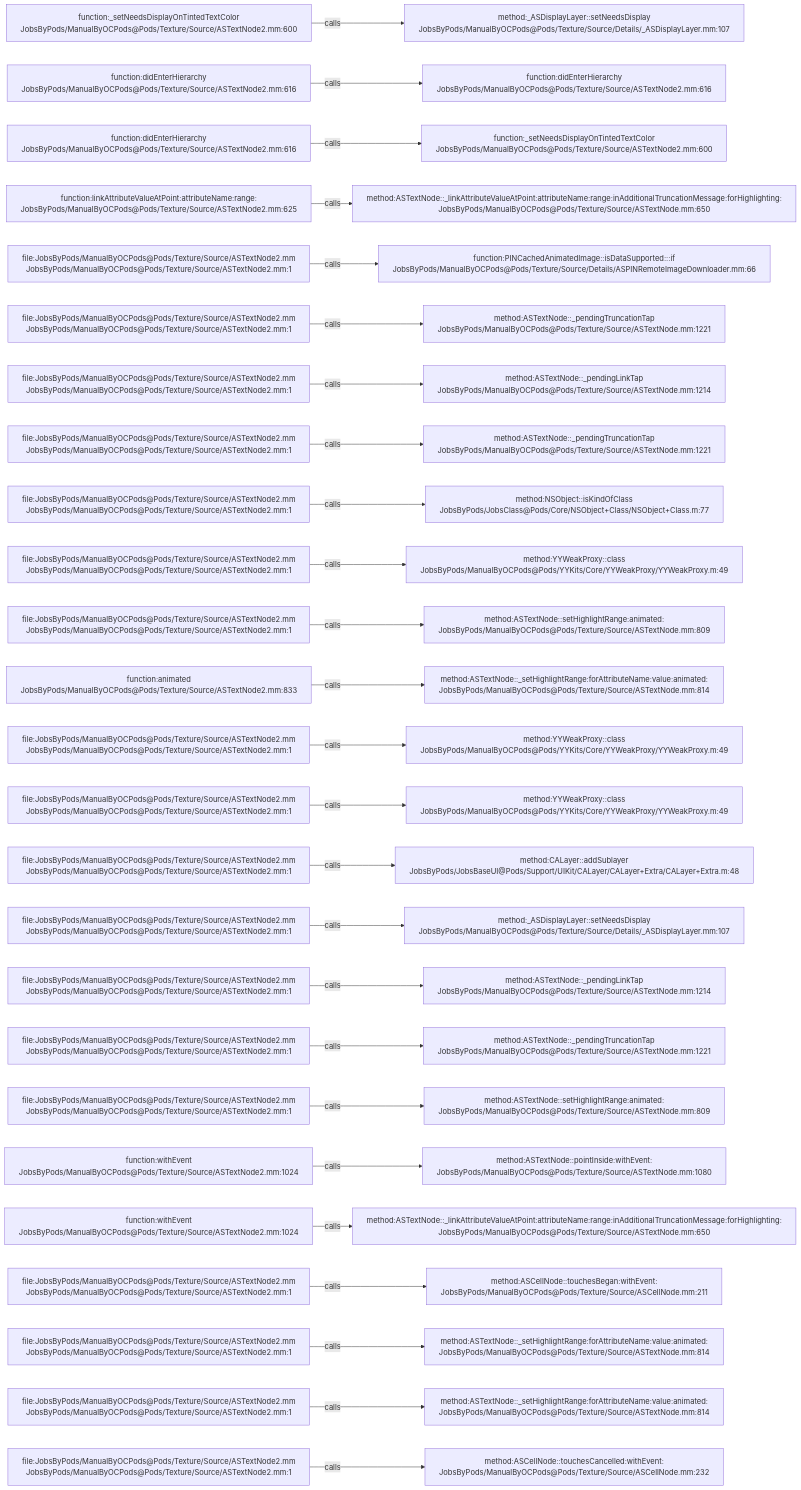
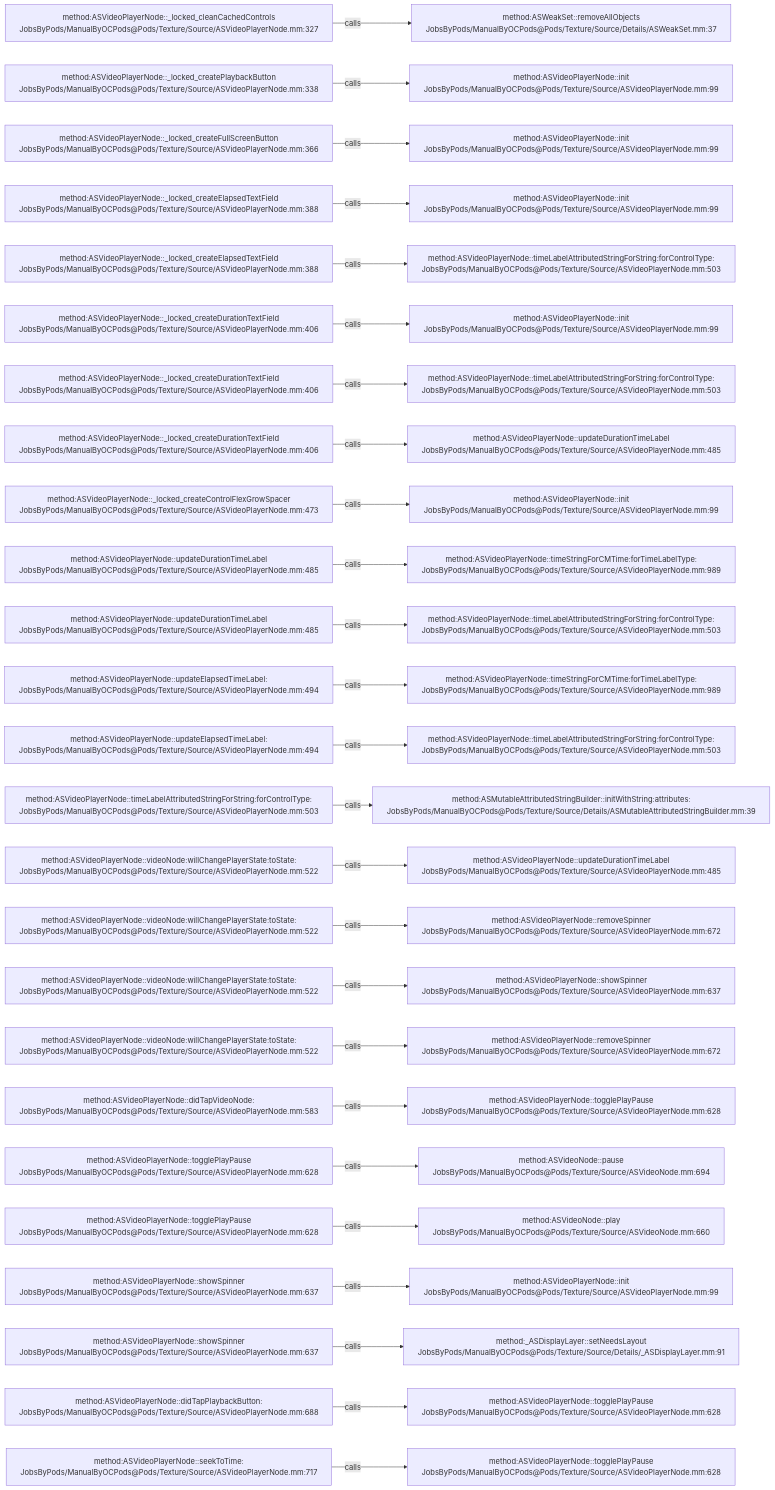
Before and after one commit to JobsKits/JobsOCBaseConfigDemo: the diagram in .codegraph/codegraph.md/graphs/calls-148.md, drawn with Mermaid. The commit also changed 1223 other files, not shown here.

````diff
--- a/.codegraph/codegraph.md/graphs/calls-148.md
+++ b/.codegraph/codegraph.md/graphs/calls-148.md
@@ -13,78 +13,78 @@
 ```mermaid
 flowchart LR
-  S1["function:_setNeedsDisplayOnTintedTextColor<br/>JobsByPods/ManualByOCPods@Pods/Texture/Source/ASTextNode2.mm:600"]
-  T1["method:_ASDisplayLayer::setNeedsDisplay<br/>JobsByPods/ManualByOCPods@Pods/Texture/Source/Details/_ASDisplayLayer.mm:107"]
+  S1["method:ASVideoPlayerNode::_locked_cleanCachedControls<br/>JobsByPods/ManualByOCPods@Pods/Texture/Source/ASVideoPlayerNode.mm:327"]
+  T1["method:ASWeakSet::removeAllObjects<br/>JobsByPods/ManualByOCPods@Pods/Texture/Source/Details/ASWeakSet.mm:37"]
   S1 -->|calls| T1
-  S2["function:didEnterHierarchy<br/>JobsByPods/ManualByOCPods@Pods/Texture/Source/ASTextNode2.mm:616"]
-  T2["function:didEnterHierarchy<br/>JobsByPods/ManualByOCPods@Pods/Texture/Source/ASTextNode2.mm:616"]
+  S2["method:ASVideoPlayerNode::_locked_createPlaybackButton<br/>JobsByPods/ManualByOCPods@Pods/Texture/Source/ASVideoPlayerNode.mm:338"]
+  T2["method:ASVideoPlayerNode::init<br/>JobsByPods/ManualByOCPods@Pods/Texture/Source/ASVideoPlayerNode.mm:99"]
   S2 -->|calls| T2
-  S3["function:didEnterHierarchy<br/>JobsByPods/ManualByOCPods@Pods/Texture/Source/ASTextNode2.mm:616"]
-  T3["function:_setNeedsDisplayOnTintedTextColor<br/>JobsByPods/ManualByOCPods@Pods/Texture/Source/ASTextNode2.mm:600"]
+  S3["method:ASVideoPlayerNode::_locked_createFullScreenButton<br/>JobsByPods/ManualByOCPods@Pods/Texture/Source/ASVideoPlayerNode.mm:366"]
+  T3["method:ASVideoPlayerNode::init<br/>JobsByPods/ManualByOCPods@Pods/Texture/Source/ASVideoPlayerNode.mm:99"]
   S3 -->|calls| T3
-  S4["function:linkAttributeValueAtPoint:attributeName:range:<br/>JobsByPods/ManualByOCPods@Pods/Texture/Source/ASTextNode2.mm:625"]
-  T4["method:ASTextNode::_linkAttributeValueAtPoint:attributeName:range:inAdditionalTruncationMessage:forHighlighting:<br/>JobsByPods/ManualByOCPods@Pods/Texture/Source/ASTextNode.mm:650"]
+  S4["method:ASVideoPlayerNode::_locked_createElapsedTextField<br/>JobsByPods/ManualByOCPods@Pods/Texture/Source/ASVideoPlayerNode.mm:388"]
+  T4["method:ASVideoPlayerNode::init<br/>JobsByPods/ManualByOCPods@Pods/Texture/Source/ASVideoPlayerNode.mm:99"]
   S4 -->|calls| T4
-  S5["file:JobsByPods/ManualByOCPods@Pods/Texture/Source/ASTextNode2.mm<br/>JobsByPods/ManualByOCPods@Pods/Texture/Source/ASTextNode2.mm:1"]
-  T5["function:PINCachedAnimatedImage::isDataSupported:::if<br/>JobsByPods/ManualByOCPods@Pods/Texture/Source/Details/ASPINRemoteImageDownloader.mm:66"]
+  S5["method:ASVideoPlayerNode::_locked_createElapsedTextField<br/>JobsByPods/ManualByOCPods@Pods/Texture/Source/ASVideoPlayerNode.mm:388"]
+  T5["method:ASVideoPlayerNode::timeLabelAttributedStringForString:forControlType:<br/>JobsByPods/ManualByOCPods@Pods/Texture/Source/ASVideoPlayerNode.mm:503"]
   S5 -->|calls| T5
-  S6["file:JobsByPods/ManualByOCPods@Pods/Texture/Source/ASTextNode2.mm<br/>JobsByPods/ManualByOCPods@Pods/Texture/Source/ASTextNode2.mm:1"]
-  T6["method:ASTextNode::_pendingTruncationTap<br/>JobsByPods/ManualByOCPods@Pods/Texture/Source/ASTextNode.mm:1221"]
+  S6["method:ASVideoPlayerNode::_locked_createDurationTextField<br/>JobsByPods/ManualByOCPods@Pods/Texture/Source/ASVideoPlayerNode.mm:406"]
+  T6["method:ASVideoPlayerNode::init<br/>JobsByPods/ManualByOCPods@Pods/Texture/Source/ASVideoPlayerNode.mm:99"]
   S6 -->|calls| T6
-  S7["file:JobsByPods/ManualByOCPods@Pods/Texture/Source/ASTextNode2.mm<br/>JobsByPods/ManualByOCPods@Pods/Texture/Source/ASTextNode2.mm:1"]
-  T7["method:ASTextNode::_pendingLinkTap<br/>JobsByPods/ManualByOCPods@Pods/Texture/Source/ASTextNode.mm:1214"]
+  S7["method:ASVideoPlayerNode::_locked_createDurationTextField<br/>JobsByPods/ManualByOCPods@Pods/Texture/Source/ASVideoPlayerNode.mm:406"]
+  T7["method:ASVideoPlayerNode::timeLabelAttributedStringForString:forControlType:<br/>JobsByPods/ManualByOCPods@Pods/Texture/Source/ASVideoPlayerNode.mm:503"]
   S7 -->|calls| T7
-  S8["file:JobsByPods/ManualByOCPods@Pods/Texture/Source/ASTextNode2.mm<br/>JobsByPods/ManualByOCPods@Pods/Texture/Source/ASTextNode2.mm:1"]
-  T8["method:ASTextNode::_pendingTruncationTap<br/>JobsByPods/ManualByOCPods@Pods/Texture/Source/ASTextNode.mm:1221"]
+  S8["method:ASVideoPlayerNode::_locked_createDurationTextField<br/>JobsByPods/ManualByOCPods@Pods/Texture/Source/ASVideoPlayerNode.mm:406"]
+  T8["method:ASVideoPlayerNode::updateDurationTimeLabel<br/>JobsByPods/ManualByOCPods@Pods/Texture/Source/ASVideoPlayerNode.mm:485"]
   S8 -->|calls| T8
-  S9["file:JobsByPods/ManualByOCPods@Pods/Texture/Source/ASTextNode2.mm<br/>JobsByPods/ManualByOCPods@Pods/Texture/Source/ASTextNode2.mm:1"]
-  T9["method:NSObject::isKindOfClass<br/>JobsByPods/JobsClass@Pods/Core/NSObject+Class/NSObject+Class.m:77"]
+  S9["method:ASVideoPlayerNode::_locked_createControlFlexGrowSpacer<br/>JobsByPods/ManualByOCPods@Pods/Texture/Source/ASVideoPlayerNode.mm:473"]
+  T9["method:ASVideoPlayerNode::init<br/>JobsByPods/ManualByOCPods@Pods/Texture/Source/ASVideoPlayerNode.mm:99"]
   S9 -->|calls| T9
-  S10["file:JobsByPods/ManualByOCPods@Pods/Texture/Source/ASTextNode2.mm<br/>JobsByPods/ManualByOCPods@Pods/Texture/Source/ASTextNode2.mm:1"]
-  T10["method:YYWeakProxy::class<br/>JobsByPods/ManualByOCPods@Pods/YYKits/Core/YYWeakProxy/YYWeakProxy.m:49"]
+  S10["method:ASVideoPlayerNode::updateDurationTimeLabel<br/>JobsByPods/ManualByOCPods@Pods/Texture/Source/ASVideoPlayerNode.mm:485"]
+  T10["method:ASVideoPlayerNode::timeStringForCMTime:forTimeLabelType:<br/>JobsByPods/ManualByOCPods@Pods/Texture/Source/ASVideoPlayerNode.mm:989"]
   S10 -->|calls| T10
-  S11["file:JobsByPods/ManualByOCPods@Pods/Texture/Source/ASTextNode2.mm<br/>JobsByPods/ManualByOCPods@Pods/Texture/Source/ASTextNode2.mm:1"]
-  T11["method:ASTextNode::setHighlightRange:animated:<br/>JobsByPods/ManualByOCPods@Pods/Texture/Source/ASTextNode.mm:809"]
+  S11["method:ASVideoPlayerNode::updateDurationTimeLabel<br/>JobsByPods/ManualByOCPods@Pods/Texture/Source/ASVideoPlayerNode.mm:485"]
+  T11["method:ASVideoPlayerNode::timeLabelAttributedStringForString:forControlType:<br/>JobsByPods/ManualByOCPods@Pods/Texture/Source/ASVideoPlayerNode.mm:503"]
   S11 -->|calls| T11
-  S12["function:animated<br/>JobsByPods/ManualByOCPods@Pods/Texture/Source/ASTextNode2.mm:833"]
-  T12["method:ASTextNode::_setHighlightRange:forAttributeName:value:animated:<br/>JobsByPods/ManualByOCPods@Pods/Texture/Source/ASTextNode.mm:814"]
+  S12["method:ASVideoPlayerNode::updateElapsedTimeLabel:<br/>JobsByPods/ManualByOCPods@Pods/Texture/Source/ASVideoPlayerNode.mm:494"]
+  T12["method:ASVideoPlayerNode::timeStringForCMTime:forTimeLabelType:<br/>JobsByPods/ManualByOCPods@Pods/Texture/Source/ASVideoPlayerNode.mm:989"]
   S12 -->|calls| T12
-  S13["file:JobsByPods/ManualByOCPods@Pods/Texture/Source/ASTextNode2.mm<br/>JobsByPods/ManualByOCPods@Pods/Texture/Source/ASTextNode2.mm:1"]
-  T13["method:YYWeakProxy::class<br/>JobsByPods/ManualByOCPods@Pods/YYKits/Core/YYWeakProxy/YYWeakProxy.m:49"]
+  S13["method:ASVideoPlayerNode::updateElapsedTimeLabel:<br/>JobsByPods/ManualByOCPods@Pods/Texture/Source/ASVideoPlayerNode.mm:494"]
+  T13["method:ASVideoPlayerNode::timeLabelAttributedStringForString:forControlType:<br/>JobsByPods/ManualByOCPods@Pods/Texture/Source/ASVideoPlayerNode.mm:503"]
   S13 -->|calls| T13
-  S14["file:JobsByPods/ManualByOCPods@Pods/Texture/Source/ASTextNode2.mm<br/>JobsByPods/ManualByOCPods@Pods/Texture/Source/ASTextNode2.mm:1"]
-  T14["method:YYWeakProxy::class<br/>JobsByPods/ManualByOCPods@Pods/YYKits/Core/YYWeakProxy/YYWeakProxy.m:49"]
+  S14["method:ASVideoPlayerNode::timeLabelAttributedStringForString:forControlType:<br/>JobsByPods/ManualByOCPods@Pods/Texture/Source/ASVideoPlayerNode.mm:503"]
+  T14["method:ASMutableAttributedStringBuilder::initWithString:attributes:<br/>JobsByPods/ManualByOCPods@Pods/Texture/Source/Details/ASMutableAttributedStringBuilder.mm:39"]
   S14 -->|calls| T14
-  S15["file:JobsByPods/ManualByOCPods@Pods/Texture/Source/ASTextNode2.mm<br/>JobsByPods/ManualByOCPods@Pods/Texture/Source/ASTextNode2.mm:1"]
-  T15["method:CALayer::addSublayer<br/>JobsByPods/JobsBaseUI@Pods/Support/UIKit/CALayer/CALayer+Extra/CALayer+Extra.m:48"]
+  S15["method:ASVideoPlayerNode::videoNode:willChangePlayerState:toState:<br/>JobsByPods/ManualByOCPods@Pods/Texture/Source/ASVideoPlayerNode.mm:522"]
+  T15["method:ASVideoPlayerNode::updateDurationTimeLabel<br/>JobsByPods/ManualByOCPods@Pods/Texture/Source/ASVideoPlayerNode.mm:485"]
   S15 -->|calls| T15
-  S16["file:JobsByPods/ManualByOCPods@Pods/Texture/Source/ASTextNode2.mm<br/>JobsByPods/ManualByOCPods@Pods/Texture/Source/ASTextNode2.mm:1"]
-  T16["method:_ASDisplayLayer::setNeedsDisplay<br/>JobsByPods/ManualByOCPods@Pods/Texture/Source/Details/_ASDisplayLayer.mm:107"]
+  S16["method:ASVideoPlayerNode::videoNode:willChangePlayerState:toState:<br/>JobsByPods/ManualByOCPods@Pods/Texture/Source/ASVideoPlayerNode.mm:522"]
+  T16["method:ASVideoPlayerNode::removeSpinner<br/>JobsByPods/ManualByOCPods@Pods/Texture/Source/ASVideoPlayerNode.mm:672"]
   S16 -->|calls| T16
-  S17["file:JobsByPods/ManualByOCPods@Pods/Texture/Source/ASTextNode2.mm<br/>JobsByPods/ManualByOCPods@Pods/Texture/Source/ASTextNode2.mm:1"]
-  T17["method:ASTextNode::_pendingLinkTap<br/>JobsByPods/ManualByOCPods@Pods/Texture/Source/ASTextNode.mm:1214"]
+  S17["method:ASVideoPlayerNode::videoNode:willChangePlayerState:toState:<br/>JobsByPods/ManualByOCPods@Pods/Texture/Source/ASVideoPlayerNode.mm:522"]
+  T17["method:ASVideoPlayerNode::showSpinner<br/>JobsByPods/ManualByOCPods@Pods/Texture/Source/ASVideoPlayerNode.mm:637"]
   S17 -->|calls| T17
-  S18["file:JobsByPods/ManualByOCPods@Pods/Texture/Source/ASTextNode2.mm<br/>JobsByPods/ManualByOCPods@Pods/Texture/Source/ASTextNode2.mm:1"]
-  T18["method:ASTextNode::_pendingTruncationTap<br/>JobsByPods/ManualByOCPods@Pods/Texture/Source/ASTextNode.mm:1221"]
+  S18["method:ASVideoPlayerNode::videoNode:willChangePlayerState:toState:<br/>JobsByPods/ManualByOCPods@Pods/Texture/Source/ASVideoPlayerNode.mm:522"]
+  T18["method:ASVideoPlayerNode::removeSpinner<br/>JobsByPods/ManualByOCPods@Pods/Texture/Source/ASVideoPlayerNode.mm:672"]
   S18 -->|calls| T18
-  S19["file:JobsByPods/ManualByOCPods@Pods/Texture/Source/ASTextNode2.mm<br/>JobsByPods/ManualByOCPods@Pods/Texture/Source/ASTextNode2.mm:1"]
-  T19["method:ASTextNode::setHighlightRange:animated:<br/>JobsByPods/ManualByOCPods@Pods/Texture/Source/ASTextNode.mm:809"]
+  S19["method:ASVideoPlayerNode::didTapVideoNode:<br/>JobsByPods/ManualByOCPods@Pods/Texture/Source/ASVideoPlayerNode.mm:583"]
+  T19["method:ASVideoPlayerNode::togglePlayPause<br/>JobsByPods/ManualByOCPods@Pods/Texture/Source/ASVideoPlayerNode.mm:628"]
   S19 -->|calls| T19
-  S20["function:withEvent<br/>JobsByPods/ManualByOCPods@Pods/Texture/Source/ASTextNode2.mm:1024"]
-  T20["method:ASTextNode::pointInside:withEvent:<br/>JobsByPods/ManualByOCPods@Pods/Texture/Source/ASTextNode.mm:1080"]
+  S20["method:ASVideoPlayerNode::togglePlayPause<br/>JobsByPods/ManualByOCPods@Pods/Texture/Source/ASVideoPlayerNode.mm:628"]
+  T20["method:ASVideoNode::pause<br/>JobsByPods/ManualByOCPods@Pods/Texture/Source/ASVideoNode.mm:694"]
   S20 -->|calls| T20
-  S21["function:withEvent<br/>JobsByPods/ManualByOCPods@Pods/Texture/Source/ASTextNode2.mm:1024"]
-  T21["method:ASTextNode::_linkAttributeValueAtPoint:attributeName:range:inAdditionalTruncationMessage:forHighlighting:<br/>JobsByPods/ManualByOCPods@Pods/Texture/Source/ASTextNode.mm:650"]
+  S21["method:ASVideoPlayerNode::togglePlayPause<br/>JobsByPods/ManualByOCPods@Pods/Texture/Source/ASVideoPlayerNode.mm:628"]
+  T21["method:ASVideoNode::play<br/>JobsByPods/ManualByOCPods@Pods/Texture/Source/ASVideoNode.mm:660"]
   S21 -->|calls| T21
-  S22["file:JobsByPods/ManualByOCPods@Pods/Texture/Source/ASTextNode2.mm<br/>JobsByPods/ManualByOCPods@Pods/Texture/Source/ASTextNode2.mm:1"]
-  T22["method:ASCellNode::touchesBegan:withEvent:<br/>JobsByPods/ManualByOCPods@Pods/Texture/Source/ASCellNode.mm:211"]
+  S22["method:ASVideoPlayerNode::showSpinner<br/>JobsByPods/ManualByOCPods@Pods/Texture/Source/ASVideoPlayerNode.mm:637"]
+  T22["method:ASVideoPlayerNode::init<br/>JobsByPods/ManualByOCPods@Pods/Texture/Source/ASVideoPlayerNode.mm:99"]
   S22 -->|calls| T22
-  S23["file:JobsByPods/ManualByOCPods@Pods/Texture/Source/ASTextNode2.mm<br/>JobsByPods/ManualByOCPods@Pods/Texture/Source/ASTextNode2.mm:1"]
-  T23["method:ASTextNode::_setHighlightRange:forAttributeName:value:animated:<br/>JobsByPods/ManualByOCPods@Pods/Texture/Source/ASTextNode.mm:814"]
+  S23["method:ASVideoPlayerNode::showSpinner<br/>JobsByPods/ManualByOCPods@Pods/Texture/Source/ASVideoPlayerNode.mm:637"]
+  T23["method:_ASDisplayLayer::setNeedsLayout<br/>JobsByPods/ManualByOCPods@Pods/Texture/Source/Details/_ASDisplayLayer.mm:91"]
   S23 -->|calls| T23
-  S24["file:JobsByPods/ManualByOCPods@Pods/Texture/Source/ASTextNode2.mm<br/>JobsByPods/ManualByOCPods@Pods/Texture/Source/ASTextNode2.mm:1"]
-  T24["method:ASTextNode::_setHighlightRange:forAttributeName:value:animated:<br/>JobsByPods/ManualByOCPods@Pods/Texture/Source/ASTextNode.mm:814"]
+  S24["method:ASVideoPlayerNode::didTapPlaybackButton:<br/>JobsByPods/ManualByOCPods@Pods/Texture/Source/ASVideoPlayerNode.mm:688"]
+  T24["method:ASVideoPlayerNode::togglePlayPause<br/>JobsByPods/ManualByOCPods@Pods/Texture/Source/ASVideoPlayerNode.mm:628"]
   S24 -->|calls| T24
-  S25["file:JobsByPods/ManualByOCPods@Pods/Texture/Source/ASTextNode2.mm<br/>JobsByPods/ManualByOCPods@Pods/Texture/Source/ASTextNode2.mm:1"]
-  T25["method:ASCellNode::touchesCancelled:withEvent:<br/>JobsByPods/ManualByOCPods@Pods/Texture/Source/ASCellNode.mm:232"]
+  S25["method:ASVideoPlayerNode::seekToTime:<br/>JobsByPods/ManualByOCPods@Pods/Texture/Source/ASVideoPlayerNode.mm:717"]
+  T25["method:ASVideoPlayerNode::togglePlayPause<br/>JobsByPods/ManualByOCPods@Pods/Texture/Source/ASVideoPlayerNode.mm:628"]
   S25 -->|calls| T25
 ```
````
